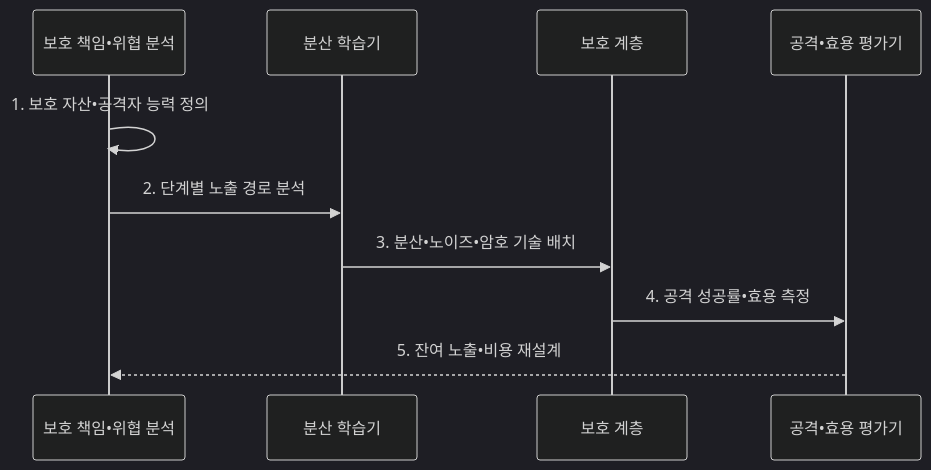
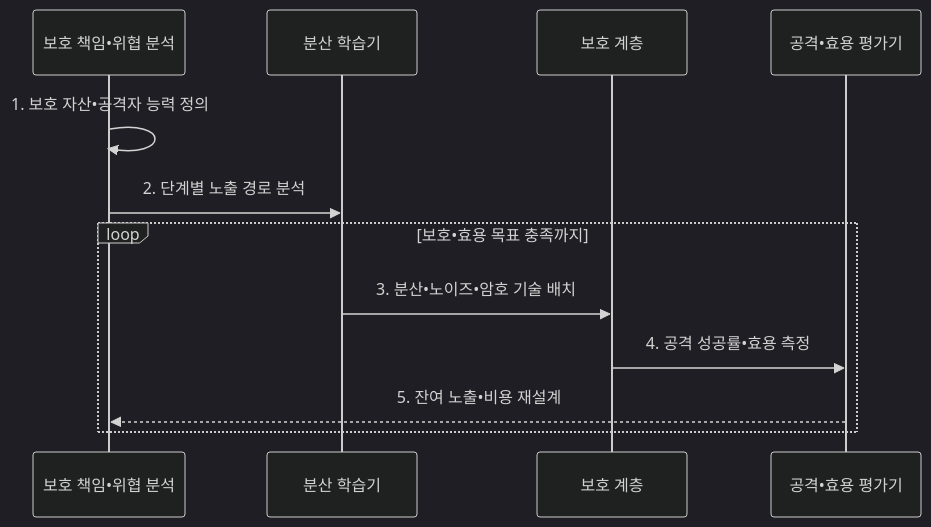
Before and after one commit to agnusdei1207/knowledge-base: the second of 2 diagrams in src/content/docs/notes/08-latest-tech/110_privacy_preserving_ai.md, drawn with Mermaid (dark theme). The commit also changed other lines of this file and 15 other files, not shown here.

````diff
--- a/src/content/docs/notes/08-latest-tech/110_privacy_preserving_ai.md
+++ b/src/content/docs/notes/08-latest-tech/110_privacy_preserving_ai.md
@@ -101,12 +101,14 @@
 ```mermaid
 sequenceDiagram
     participant T as 보호 책임•위협 분석
     participant F as 분산 학습기
     participant P as 보호 계층
     participant V as 공격•효용 평가기
     T->>T: 1. 보호 자산•공격자 능력 정의
     T->>F: 2. 단계별 노출 경로 분석
-    F->>P: 3. 분산•노이즈•암호 기술 배치
-    P->>V: 4. 공격 성공률•효용 측정
-    V-->>T: 5. 잔여 노출•비용 재설계
+    loop 보호•효용 목표 충족까지
+        F->>P: 3. 분산•노이즈•암호 기술 배치
+        P->>V: 4. 공격 성공률•효용 측정
+        V-->>T: 5. 잔여 노출•비용 재설계
+    end
 ```
````
